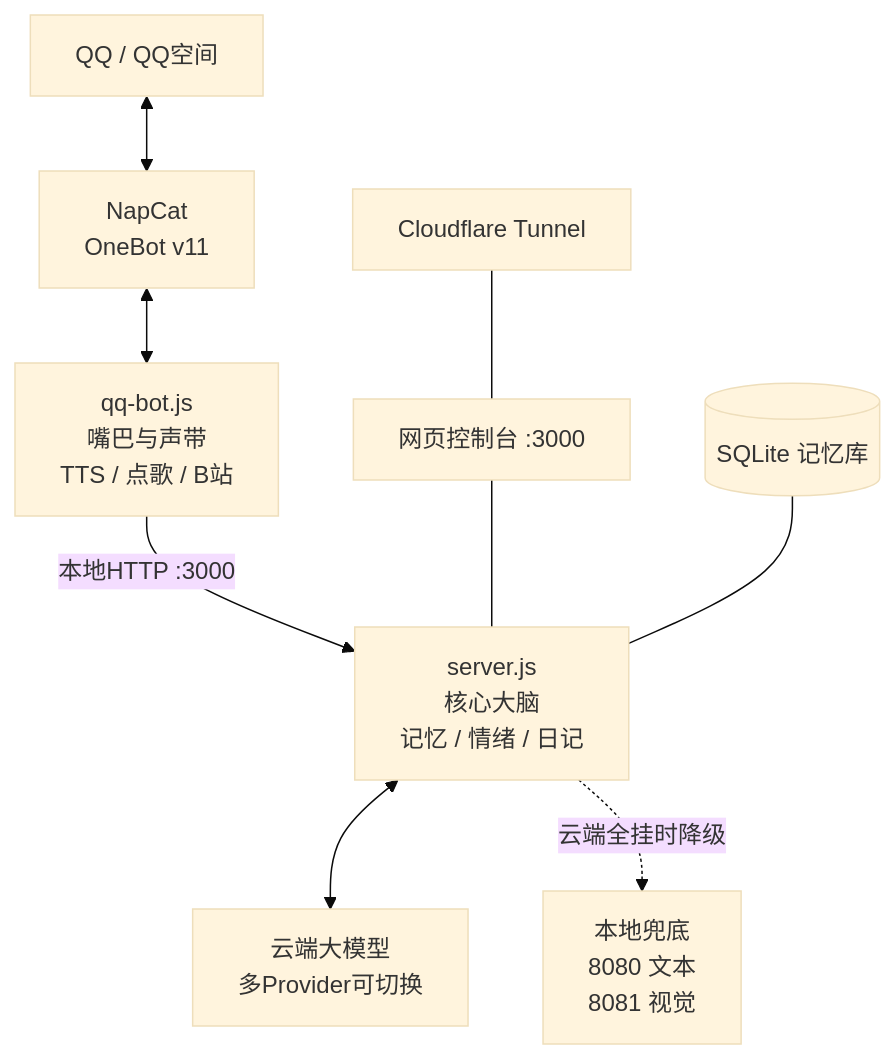
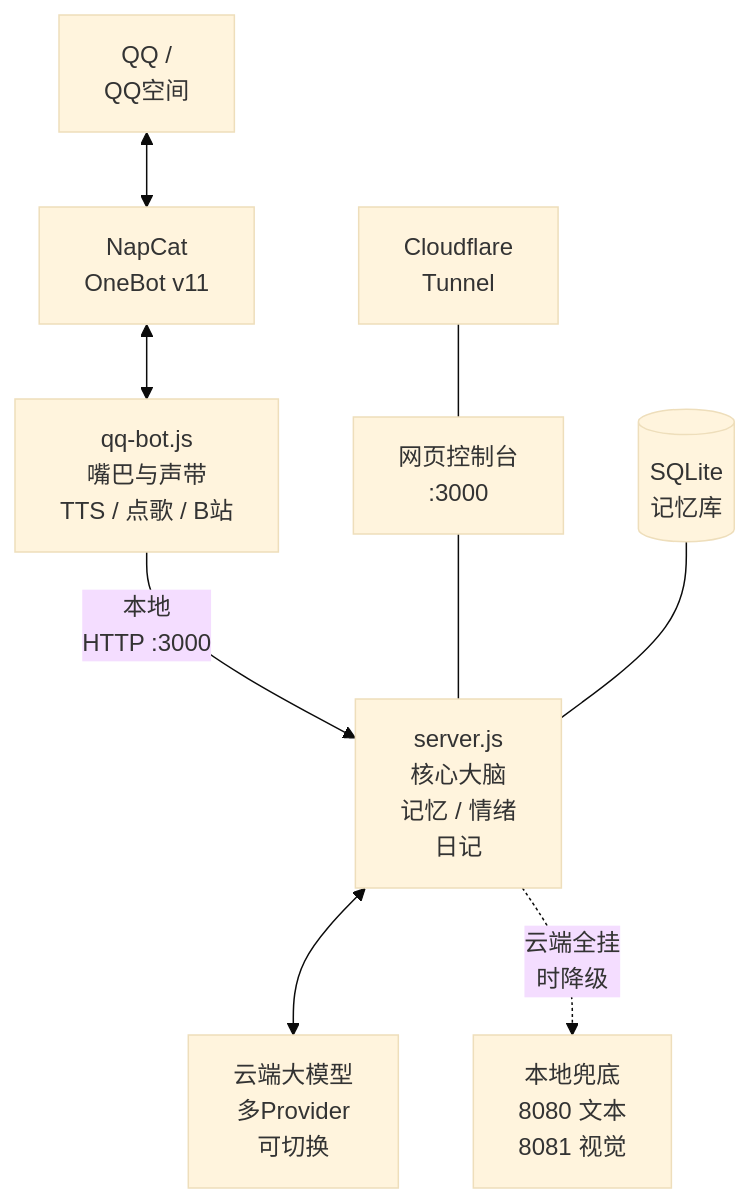
Before and after one commit to CiveStudio/CiveBot: the diagram in README.md, drawn with Mermaid (base theme).

Commit message:
架构图标签全部切短，修复长标签截断

````diff
--- a/README.md
+++ b/README.md
@@ -22,11 +22,11 @@
 ```mermaid
 flowchart TB
-    QQ["QQ / QQ空间"] <--> NC["NapCat<br/>OneBot v11"]
+    QQ["QQ /<br/>QQ空间"] <--> NC["NapCat<br/>OneBot v11"]
     NC <--> BOT["qq-bot.js<br/>嘴巴与声带<br/>TTS / 点歌 / B站"]
-    BOT -->|"本地HTTP :3000"| SRV["server.js<br/>核心大脑<br/>记忆 / 情绪 / 日记"]
-    SRV <--> CLOUD["云端大模型<br/>多Provider可切换"]
-    SRV -.->|"云端全挂时降级"| LOCAL["本地兜底<br/>8080 文本<br/>8081 视觉"]
-    WEB["网页控制台 :3000"] --- SRV
-    CF["Cloudflare Tunnel"] --- WEB
-    DB[("SQLite 记忆库")] --- SRV
+    BOT -->|"本地<br/>HTTP :3000"| SRV["server.js<br/>核心大脑<br/>记忆 / 情绪<br/>日记"]
+    SRV <--> CLOUD["云端大模型<br/>多Provider<br/>可切换"]
+    SRV -.->|"云端全挂<br/>时降级"| LOCAL["本地兜底<br/>8080 文本<br/>8081 视觉"]
+    WEB["网页控制台<br/>:3000"] --- SRV
+    CF["Cloudflare<br/>Tunnel"] --- WEB
+    DB[("SQLite<br/>记忆库")] --- SRV
 ```
````
